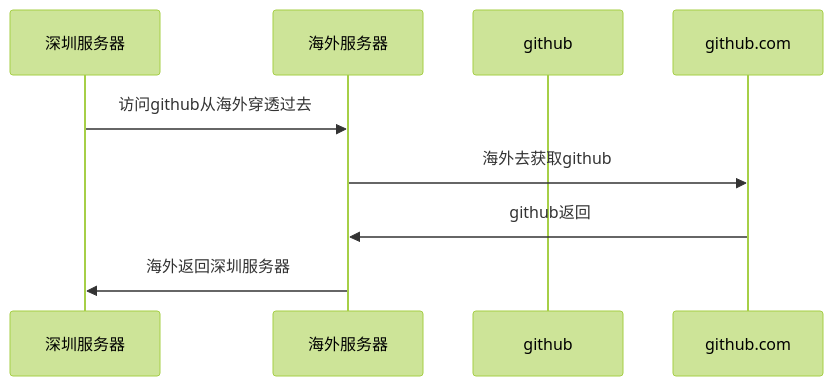
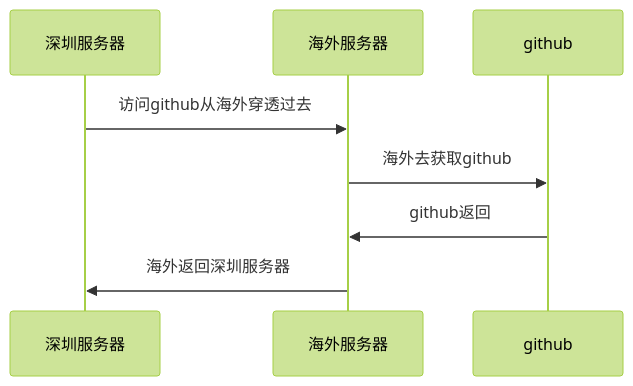
The diagram in 2023/04/用穿透的方式解决国内阿里云访问github不顺畅的问题/index.md (mmfei/mmfei.github.io), drawn with Mermaid before and after one commit. The commit also changed 2 other files, not shown here.

Commit message:
用穿透的方式解决国内阿里云访问github不顺畅的问题 mmfei/blog_mmfei_com_src@e00f4916a8754affd0cce28d232c500e4a9d892f

````diff
--- a/2023/04/用穿透的方式解决国内阿里云访问github不顺畅的问题/index.md
+++ b/2023/04/用穿透的方式解决国内阿里云访问github不顺畅的问题/index.md
@@ -19,11 +19,11 @@
 ```mermaid
 %%{init: {'theme': 'forest', 'fill': 'white' } }%%
 sequenceDiagram
     participant 深圳服务器 
     participant 海外服务器
     participant github
     深圳服务器->>海外服务器: 访问github从海外穿透过去
-    海外服务器->>github.com: 海外去获取github
-    github.com->>海外服务器: github返回
+    海外服务器->>github: 海外去获取github
+    github->>海外服务器: github返回
     海外服务器->>深圳服务器: 海外返回深圳服务器
 ```
````
